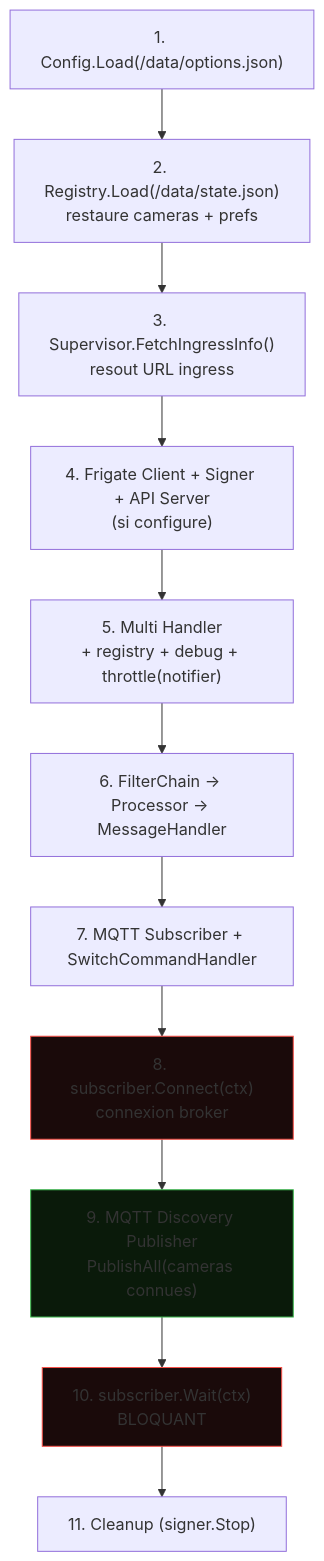
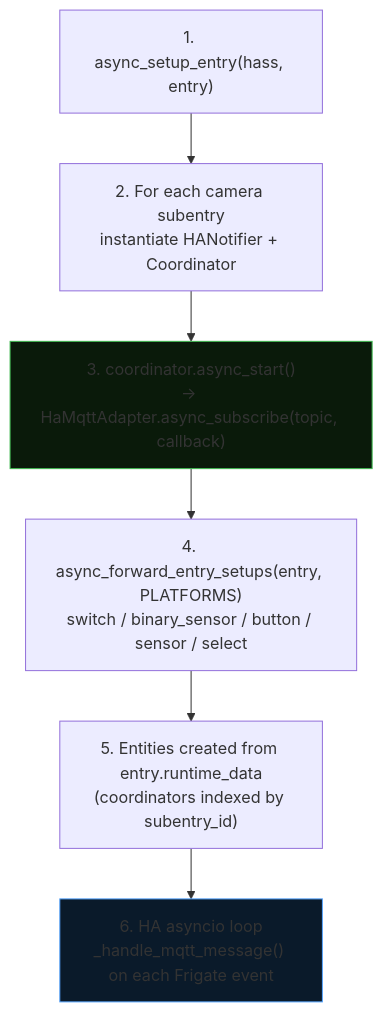
The fifth of 5 diagrams in docs/architecture.md (trowaflo/frigate-event-manager), drawn with Mermaid before and after one commit. The commit also changed other lines of this file and 140 other files, not shown here.

````diff
--- a/docs/architecture.md
+++ b/docs/architecture.md
@@ -201,20 +145,14 @@
 ```mermaid
 graph TD
-    S1["1. Config.Load(/data/options.json)"]
-    S2["2. Registry.Load(/data/state.json)<br/>restaure cameras + prefs"]
-    S3["3. Supervisor.FetchIngressInfo()<br/>resout URL ingress"]
-    S4["4. Frigate Client + Signer + API Server<br/>(si configure)"]
-    S5["5. Multi Handler<br/>+ registry + debug + throttle(notifier)"]
-    S6["6. FilterChain -> Processor -> MessageHandler"]
-    S7["7. MQTT Subscriber + SwitchCommandHandler"]
-    S8["8. subscriber.Connect(ctx)<br/>connexion broker"]
-    S9["9. MQTT Discovery Publisher<br/>PublishAll(cameras connues)"]
-    S10["10. subscriber.Wait(ctx)<br/>BLOQUANT"]
-    S11["11. Cleanup (signer.Stop)"]
+    S1["1. async_setup_entry(hass, entry)"]
+    S2["2. For each camera subentry\ninstantiate HANotifier + Coordinator"]
+    S3["3. coordinator.async_start()\n→ HaMqttAdapter.async_subscribe(topic, callback)"]
+    S4["4. async_forward_entry_setups(entry, PLATFORMS)\nswitch / binary_sensor / button / sensor / select"]
+    S5["5. Entities created from entry.runtime_data\n(coordinators indexed by subentry_id)"]
+    S6["6. HA asyncio loop\n_handle_mqtt_message() on each Frigate event"]
 
-    S1 --> S2 --> S3 --> S4 --> S5 --> S6 --> S7 --> S8 --> S9 --> S10 --> S11
+    S1 --> S2 --> S3 --> S4 --> S5 --> S6
 
-    style S8 fill:#1a0a0a,stroke:#f85149
-    style S10 fill:#1a0a0a,stroke:#f85149
-    style S9 fill:#0a1a0a,stroke:#3fb950
+    style S3 fill:#0a1a0a,stroke:#3fb950
+    style S6 fill:#0a1a2a,stroke:#58a6ff
 ```
````
